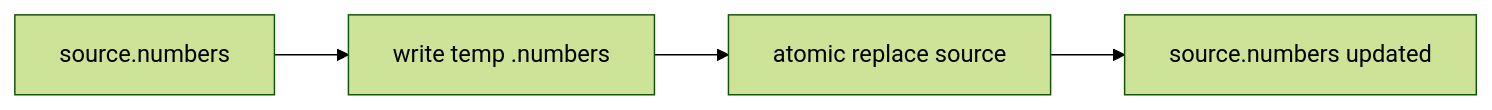
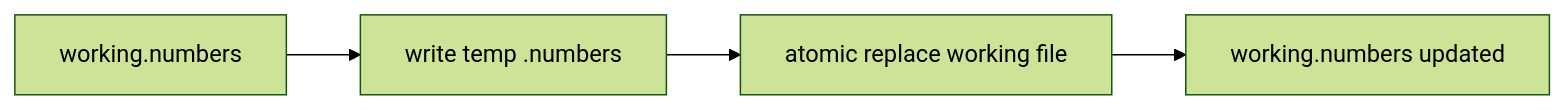
One commit to pizzamoltobene/swift-numbers changed the fifth of 7 diagrams in docs/capabilities.md. Above: the diagram before and after it, drawn with Mermaid (forest theme). The commit also changed other lines of this file and 12 other files, not shown here.

````diff
--- a/docs/capabilities.md
+++ b/docs/capabilities.md
@@ -899,6 +904,6 @@
 ```mermaid
 flowchart LR
-  A["source.numbers"] --> B["write temp .numbers"]
-  B --> C["atomic replace source"]
-  C --> D["source.numbers updated"]
+  A["working.numbers"] --> B["write temp .numbers"]
+  B --> C["atomic replace working file"]
+  C --> D["working.numbers updated"]
 ```
````
